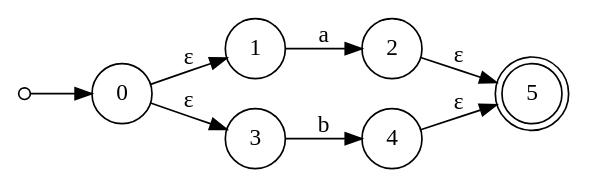
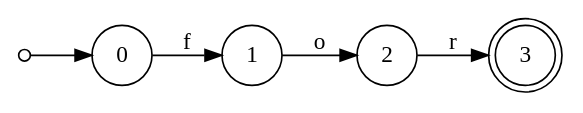
The diagram in nfa1.gv (EstebanAG1005/LaboratorioC-Lenguajes), drawn with Graphviz before and after one commit. The commit also changed 24 other files, not shown here.

```diff
--- a/nfa1.gv
+++ b/nfa1.gv
@@ -1,14 +1,11 @@
 digraph {
 	rankdir=LR size="8,5"
 	node [shape=doublecircle]
-	5
+	3
 	node [shape=circle]
 	start [label="" height=0.1 width=0.1]
 	start -> 0 [label=""]
-	0 -> 1 [label="ε"]
-	0 -> 3 [label="ε"]
-	1 -> 2 [label=a]
-	3 -> 4 [label=b]
-	2 -> 5 [label="ε"]
-	4 -> 5 [label="ε"]
+	0 -> 1 [label=f]
+	1 -> 2 [label=o]
+	2 -> 3 [label=r]
 }
```
